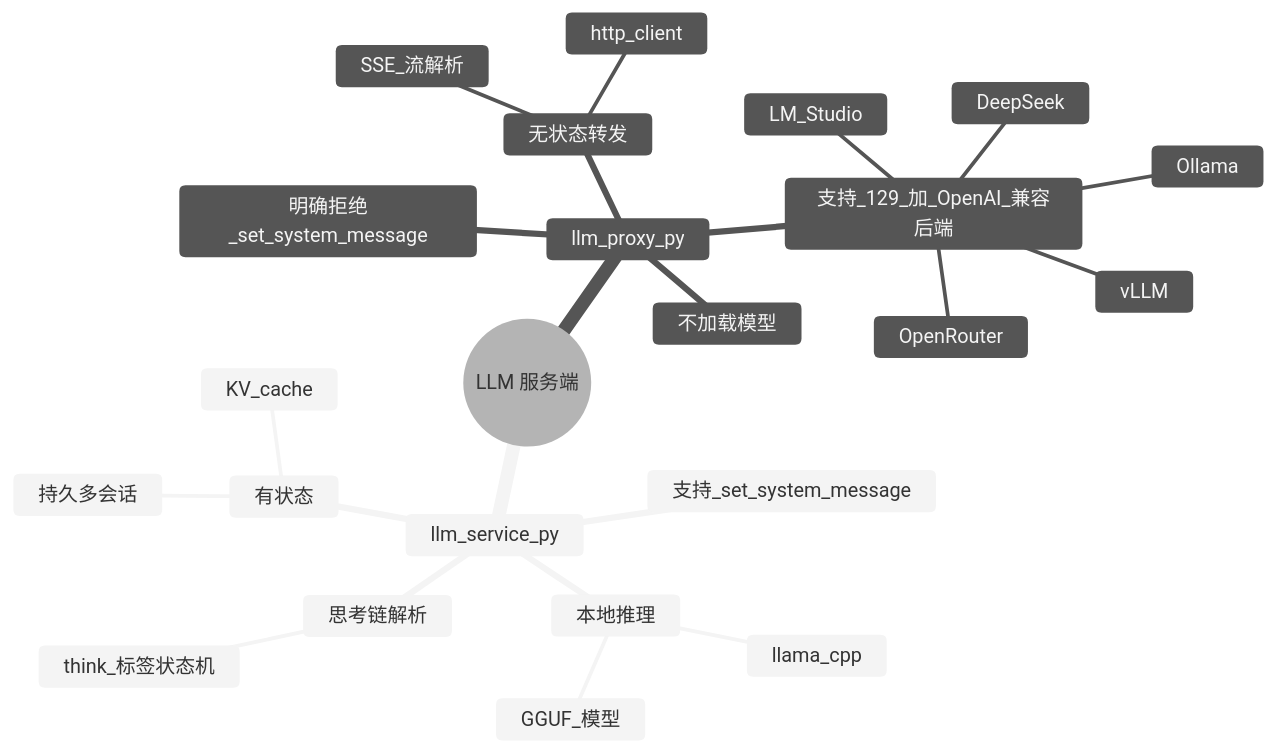
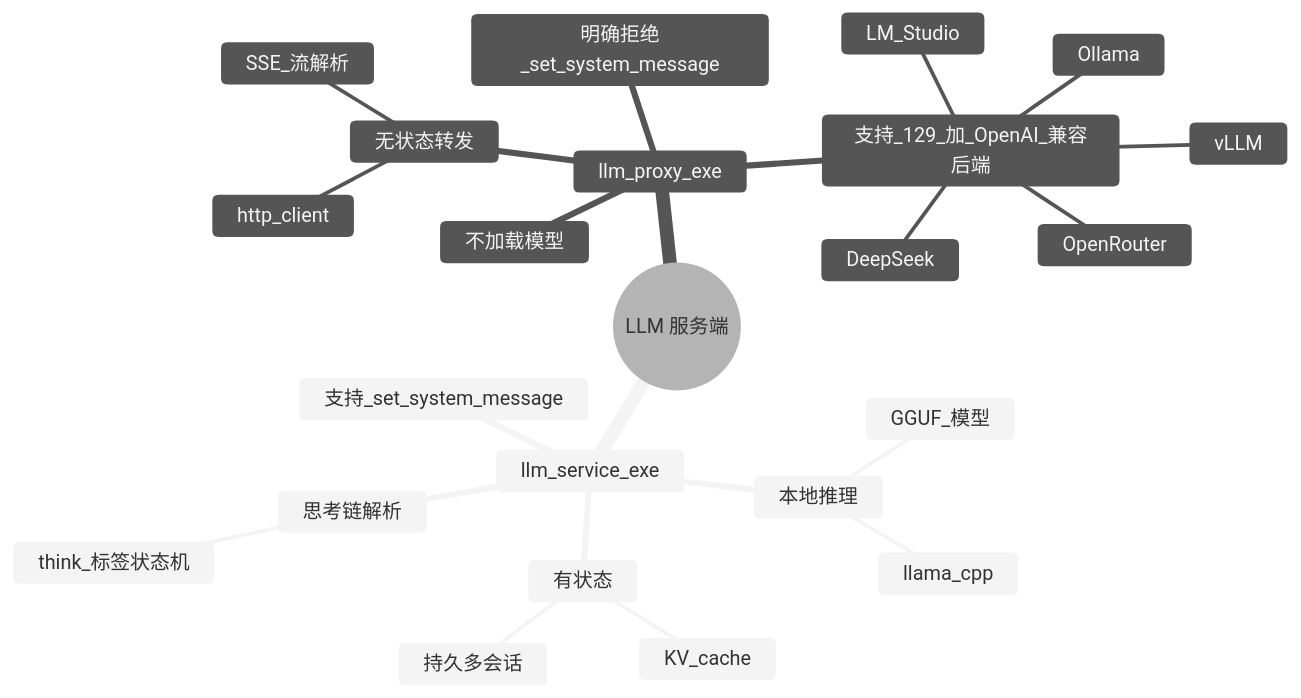
Before and after one commit to PassByYou888/LingoFuse-pasAgent: the third of 28 diagrams in src/llm-service/LingoFuse_LLM_Ecosystem_User_Guide.md, drawn with Mermaid (neutral theme). The commit also changed other lines of this file, not shown here.

````diff
--- a/src/llm-service/LingoFuse_LLM_Ecosystem_User_Guide.md
+++ b/src/llm-service/LingoFuse_LLM_Ecosystem_User_Guide.md
@@ -74,26 +120,26 @@
 ```mermaid
 mindmap
   root(("LLM 服务端"))
-    llm_service_py
+    llm_service_exe
       本地推理
         llama_cpp
         GGUF_模型
       有状态
         持久多会话
         KV_cache
       支持_set_system_message
       思考链解析
         think_标签状态机
-    llm_proxy_py
+    llm_proxy_exe
       无状态转发
         http_client
         SSE_流解析
       不加载模型
       明确拒绝_set_system_message
       支持_129_加_OpenAI_兼容后端
         LM_Studio
         Ollama
         vLLM
         DeepSeek
         OpenRouter
 ```
````
